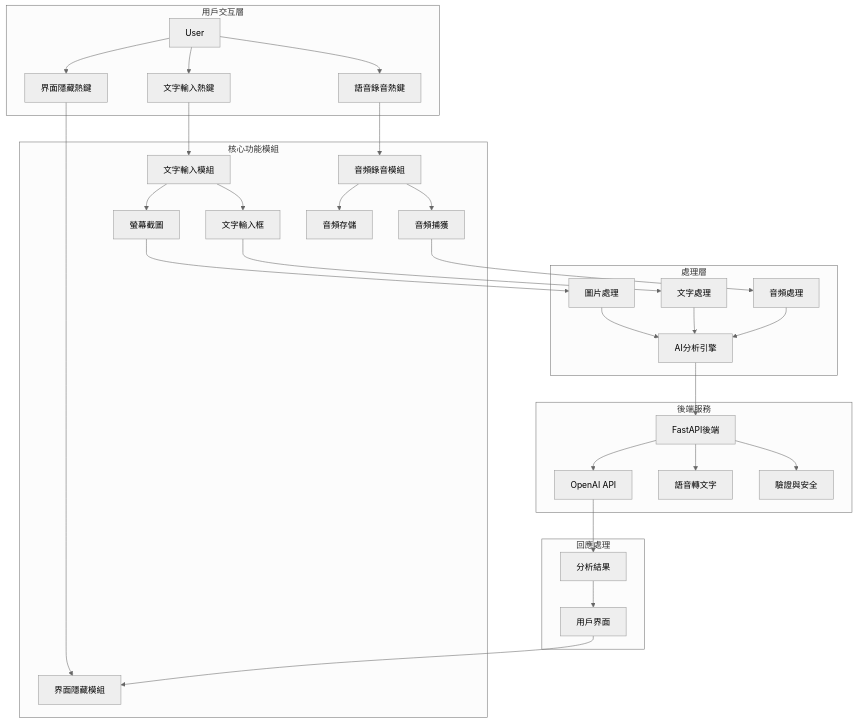
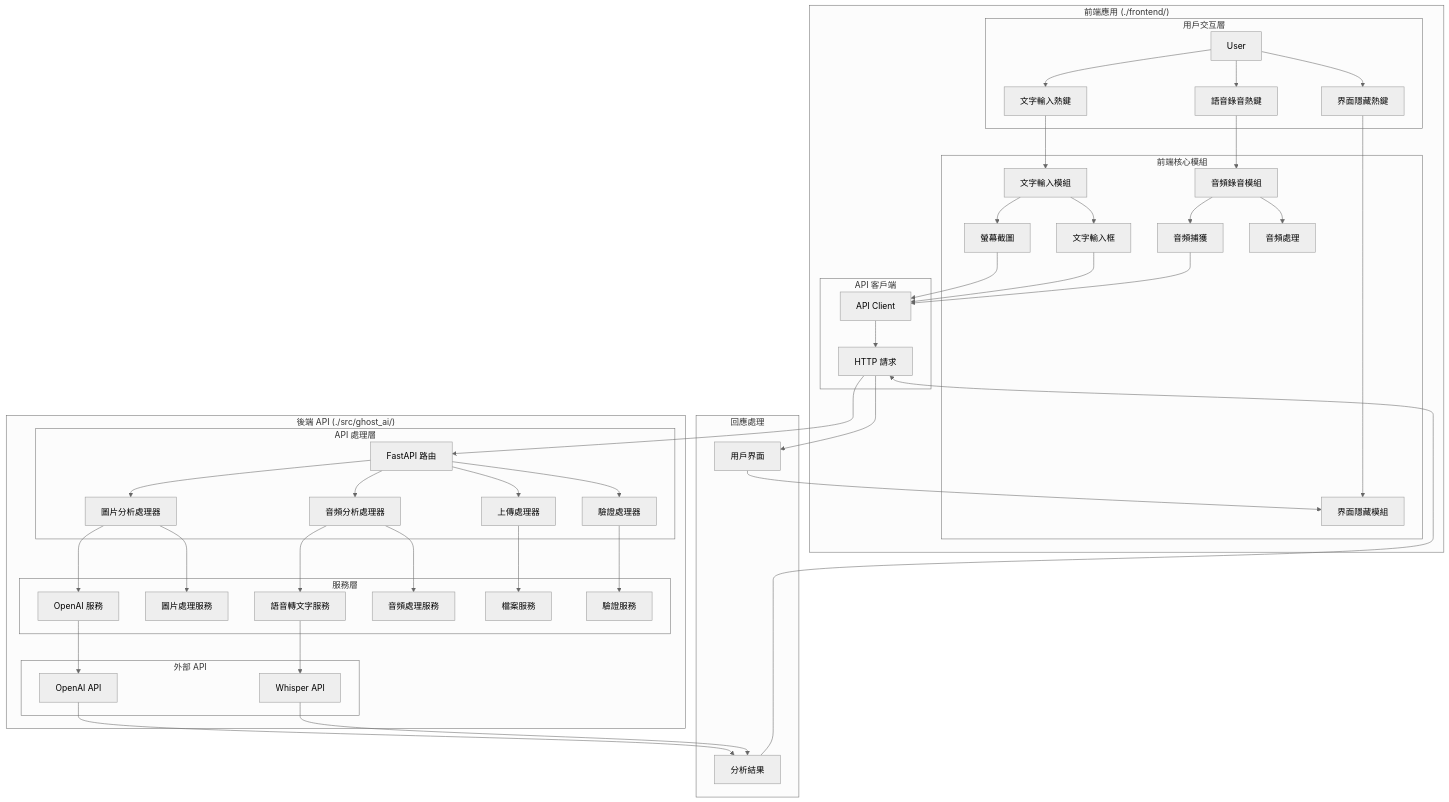
Before and after one commit to Mai0313/ghost-ai: the first of 3 diagrams in .kiro/specs/ghost-ai/design.md, drawn with Mermaid (neutral theme). The commit also changed other lines of this file and 1 other file, not shown here.

Commit message:
docs: update task plan

````diff
--- a/.kiro/specs/ghost-ai/design.md
+++ b/.kiro/specs/ghost-ai/design.md
@@ -11,42 +11,61 @@
 ```mermaid
 graph TB
-    subgraph "用戶交互層"
-        U[User] --> HK1[文字輸入熱鍵]
-        U --> HK2[語音錄音熱鍵]
-        U --> HK3[界面隱藏熱鍵]
+    subgraph "前端應用 (./frontend/)"
+        subgraph "用戶交互層"
+            U[User] --> HK1[文字輸入熱鍵]
+            U --> HK2[語音錄音熱鍵]
+            U --> HK3[界面隱藏熱鍵]
+        end
+
+        subgraph "前端核心模組"
+            HK1 --> TIM[文字輸入模組]
+            HK2 --> ARM[音頻錄音模組]
+            HK3 --> HIM[界面隱藏模組]
+            
+            TIM --> SC[螢幕截圖]
+            TIM --> TI[文字輸入框]
+            ARM --> AR[音頻捕獲]
+            ARM --> AS[音頻處理]
+        end
+
+        subgraph "API 客戶端"
+            SC --> AC[API Client]
+            TI --> AC
+            AR --> AC
+            AC --> HTTP[HTTP 請求]
+        end
     end
 
-    subgraph "核心功能模組"
-        HK1 --> TIM[文字輸入模組]
-        HK2 --> ARM[音頻錄音模組]
-        HK3 --> HIM[界面隱藏模組]
+    subgraph "後端 API (./src/ghost_ai/)"
+        HTTP --> API[FastAPI 路由]
         
-        TIM --> SC[螢幕截圖]
-        TIM --> TI[文字輸入框]
-        ARM --> AR[音頻捕獲]
-        ARM --> AS[音頻存儲]
-    end
+        subgraph "API 處理層"
+            API --> IAH[圖片分析處理器]
+            API --> AAH[音頻分析處理器]
+            API --> UH[上傳處理器]
+            API --> VH[驗證處理器]
+        end
 
-    subgraph "處理層"
-        SC --> IP[圖片處理]
-        TI --> TP[文字處理]
-        AR --> AP[音頻處理]
-        
-        IP --> AI[AI分析引擎]
-        TP --> AI
-        AP --> AI
-    end
+        subgraph "服務層"
+            IAH --> OAS[OpenAI 服務]
+            IAH --> IPS[圖片處理服務]
+            AAH --> STT[語音轉文字服務]
+            AAH --> APS[音頻處理服務]
+            UH --> FS[檔案服務]
+            VH --> VS[驗證服務]
+        end
 
-    subgraph "後端服務"
-        AI --> API[FastAPI後端]
-        API --> OAI[OpenAI API]
-        API --> STT[語音轉文字]
-        API --> VAL[驗證與安全]
+        subgraph "外部 API"
+            OAS --> OAI[OpenAI API]
+            STT --> WHISPER[Whisper API]
+        end
     end
 
     subgraph "回應處理"
         OAI --> RES[分析結果]
-        RES --> UI[用戶界面]
+        WHISPER --> RES
+        RES --> HTTP
+        HTTP --> UI[用戶界面]
         UI --> HIM
     end
 ```
````
